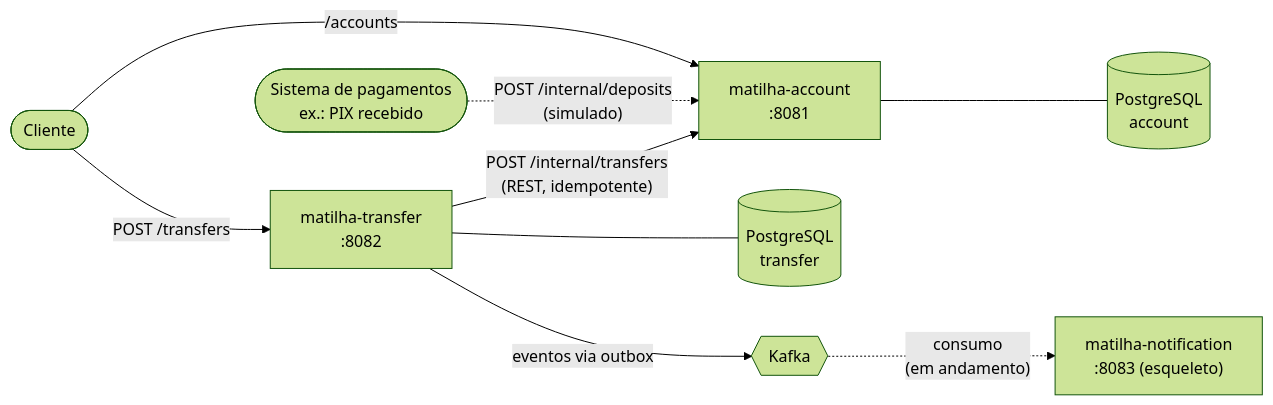
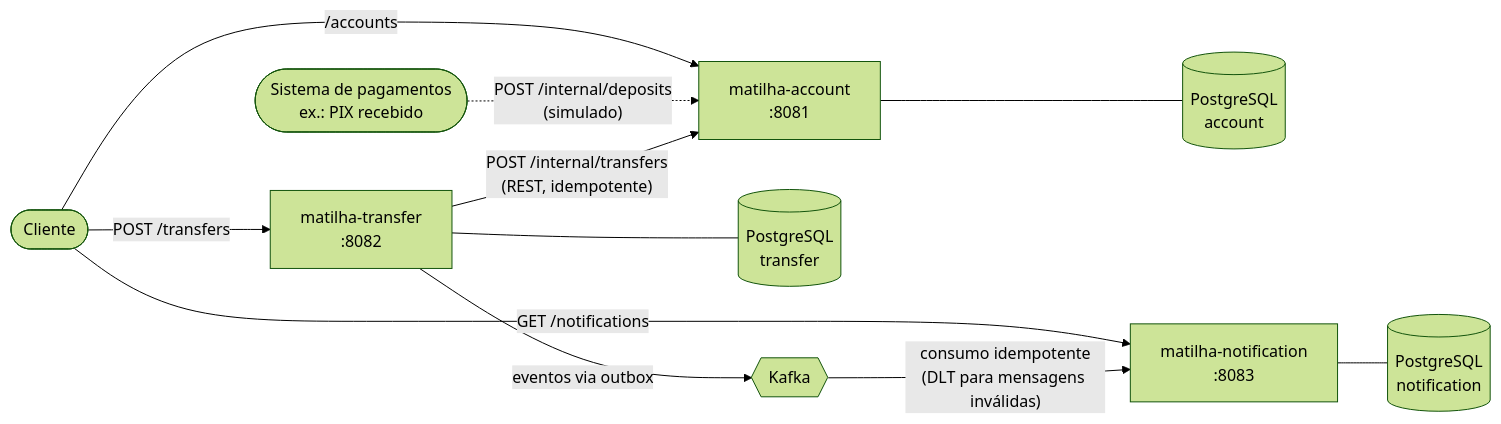
One commit to Zanellas/Matilha changed the diagram in README.md. Above: the diagram before and after it, drawn with Mermaid (forest theme). The commit also changed other lines of this file and 26 other files, not shown here.

````diff
--- a/README.md
+++ b/README.md
@@ -9,20 +9,23 @@
 ```mermaid
 flowchart LR
     client([Cliente])
     payments([Sistema de pagamentos<br/>ex.: PIX recebido])
     transfer["matilha-transfer<br/>:8082"]
     account["matilha-account<br/>:8081"]
     tdb[("PostgreSQL<br/>transfer")]
     adb[("PostgreSQL<br/>account")]
     kafka{{"Kafka"}}
-    notification["matilha-notification<br/>:8083 (esqueleto)"]
+    notification["matilha-notification<br/>:8083"]
+    ndb[("PostgreSQL<br/>notification")]
 
     client -->|"POST /transfers"| transfer
     client -->|"/accounts"| account
+    client -->|"GET /notifications"| notification
     payments -.->|"POST /internal/deposits<br/>(simulado)"| account
     transfer -->|"POST /internal/transfers<br/>(REST, idempotente)"| account
     transfer --- tdb
     account --- adb
+    notification --- ndb
     transfer -->|"eventos via outbox"| kafka
-    kafka -.->|"consumo<br/>(em andamento)"| notification
+    kafka -->|"consumo idempotente<br/>(DLT para mensagens inválidas)"| notification
 ```
````
